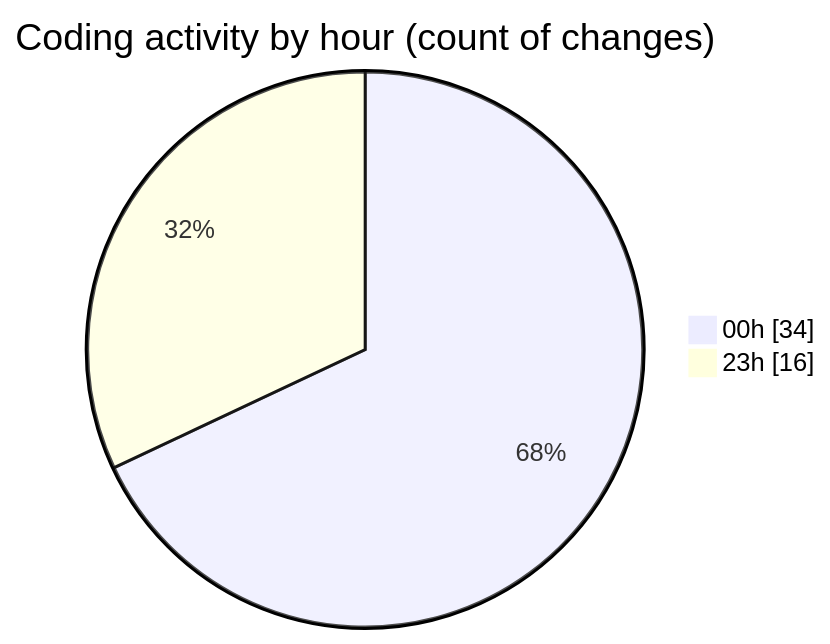
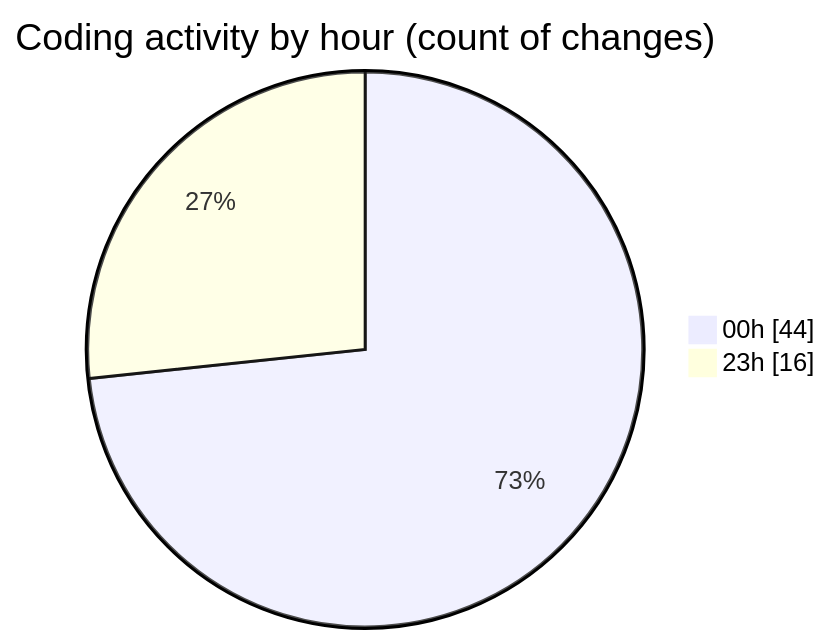
One commit to Ritupan-Deka/code-tracking changed the second of 2 diagrams in 2025-05-26/projects/README.md. Above: the diagram before and after it, drawn with Mermaid. The commit also changed other lines of this file and 1 other file, not shown here.

````diff
--- a/2025-05-26/projects/README.md
+++ b/2025-05-26/projects/README.md
@@ -31,6 +31,6 @@
 ```mermaid
 pie showData
 title Coding activity by hour (count of changes)
-"00h" : 34
+"00h" : 44
 "23h" : 16
 ```
````
